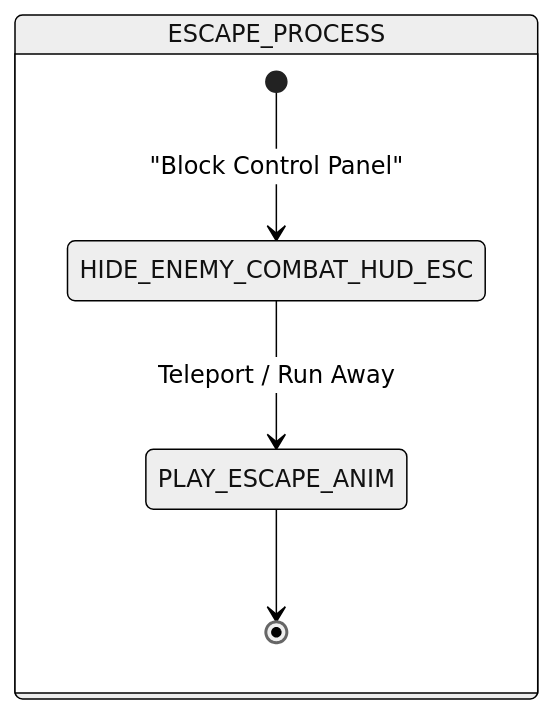
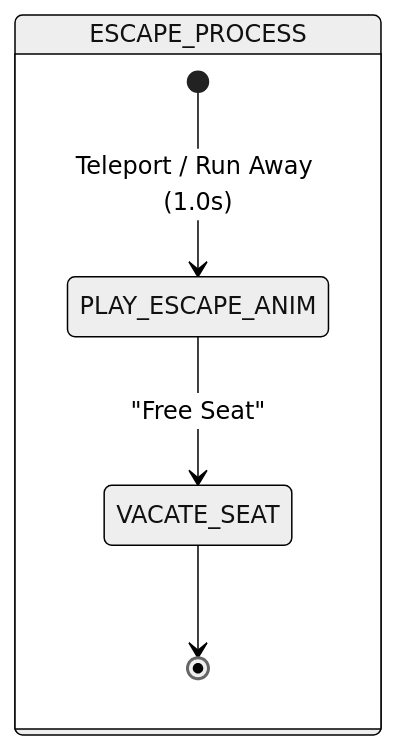
One commit to Darkham77/PokeBorrador changed the eighth of 18 diagrams in .agents/skills/project-standards/references/battle/battle_mechanics_manual.md. Above: the diagram before and after it, drawn with Mermaid (neutral theme). The commit also changed other lines of this file and 30 other files, not shown here.

````diff
--- a/.agents/skills/project-standards/references/battle/battle_mechanics_manual.md
+++ b/.agents/skills/project-standards/references/battle/battle_mechanics_manual.md
@@ -547,8 +537,8 @@
 ```mermaid
 stateDiagram-v2
     state ESCAPE_PROCESS {
-        [*] --> HIDE_ENEMY_COMBAT_HUD_ESC : "Block Control Panel"
-        HIDE_ENEMY_COMBAT_HUD_ESC --> PLAY_ESCAPE_ANIM : Teleport / Run Away
-        PLAY_ESCAPE_ANIM --> [*]
+        [*] --> PLAY_ESCAPE_ANIM : Teleport / Run Away (1.0s)
+        PLAY_ESCAPE_ANIM --> VACATE_SEAT : "Free Seat"
+        VACATE_SEAT --> [*]
     }
 ```
````
